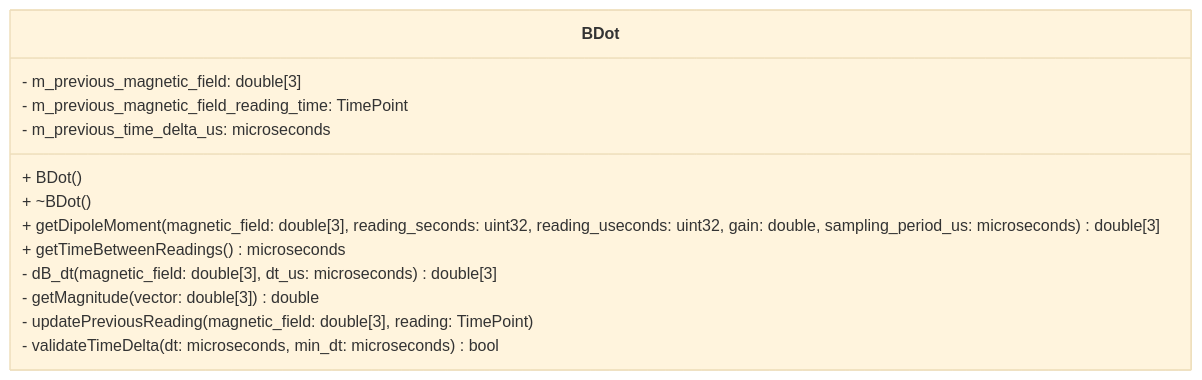
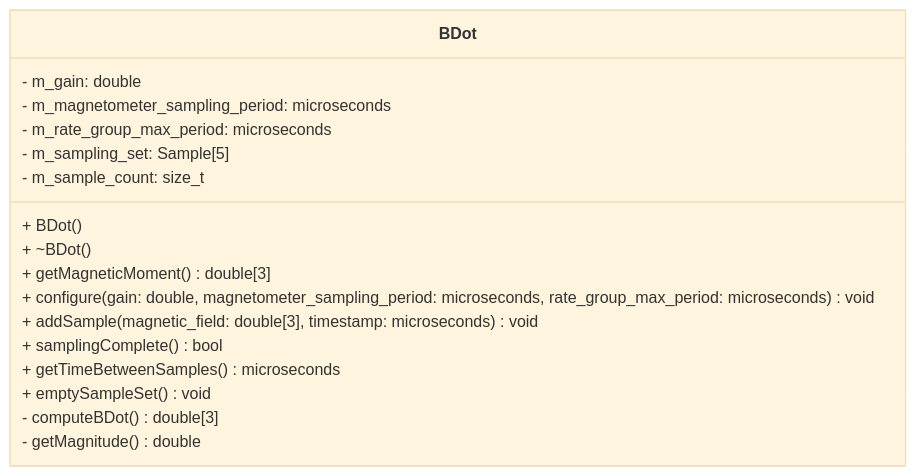
One commit to Open-Source-Space-Foundation/proves-core-reference changed the second of 5 diagrams in FprimeZephyrReference/Components/DetumbleManager/docs/sdd.md. Above: the diagram before and after it, drawn with Mermaid (base theme). The commit also changed other lines of this file and 2 other files, not shown here.

````diff
--- a/FprimeZephyrReference/Components/DetumbleManager/docs/sdd.md
+++ b/FprimeZephyrReference/Components/DetumbleManager/docs/sdd.md
@@ -79,16 +85,20 @@
 ```mermaid
 classDiagram
     class BDot {
         + BDot()
         + ~BDot()
-        + getDipoleMoment(magnetic_field: double[3], reading_seconds: uint32, reading_useconds: uint32, gain: double, sampling_period_us: microseconds) double[3]
-        + getTimeBetweenReadings() microseconds
-        - dB_dt(magnetic_field: double[3], dt_us: microseconds) double[3]
-        - getMagnitude(vector: double[3]) double
-        - updatePreviousReading(magnetic_field: double[3], reading: TimePoint)
-        - validateTimeDelta(dt: microseconds, min_dt: microseconds) bool
-        - m_previous_magnetic_field: double[3]
-        - m_previous_magnetic_field_reading_time: TimePoint
-        - m_previous_time_delta_us: microseconds
+        + getMagneticMoment() double[3]
+        + configure(gain: double, magnetometer_sampling_period: microseconds, rate_group_max_period: microseconds) void
+        + addSample(magnetic_field: double[3], timestamp: microseconds) void
+        + samplingComplete() bool
+        + getTimeBetweenSamples() microseconds
+        + emptySampleSet() void
+        - computeBDot() double[3]
+        - getMagnitude() double
+        - m_gain: double
+        - m_magnetometer_sampling_period: microseconds
+        - m_rate_group_max_period: microseconds
+        - m_sampling_set: Sample[5]
+        - m_sample_count: size_t
     }
 ```
````
